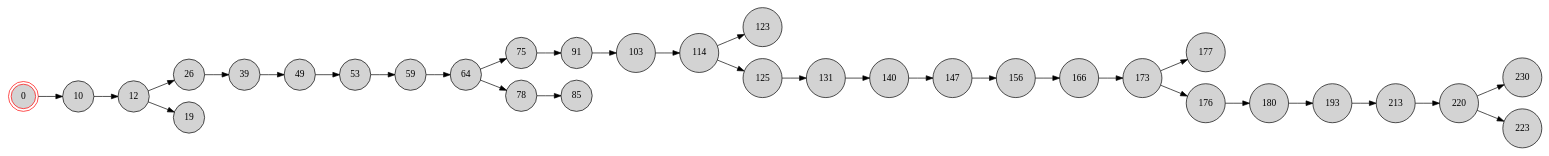
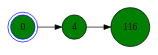
One commit to ananyarao23/CS765-BlockchainProject changed the diagram in a2/output/dot/block_tree_5.dot. Above: the diagram before and after it, drawn with Graphviz. The commit also changed 419 other files, not shown here.

```diff
--- a/a2/output/dot/block_tree_5.dot
+++ b/a2/output/dot/block_tree_5.dot
@@ -1,37 +1,11 @@
 digraph BlockchainTree {
     rankdir=LR;
-    node [shape=circle, style=filled, fillcolor=lightgray];
+    node [shape=circle, style=filled, fontcolor=black];
 
-    0 [shape=doublecircle, color=red];
-    0 -> 10;
-    10 -> 12;
-    12 -> 26;
-    12 -> 19;
-    26 -> 39;
-    39 -> 49;
-    49 -> 53;
-    53 -> 59;
-    59 -> 64;
-    64 -> 75;
-    64 -> 78;
-    75 -> 91;
-    78 -> 85;
-    91 -> 103;
-    103 -> 114;
-    114 -> 123;
-    114 -> 125;
-    125 -> 131;
-    131 -> 140;
-    140 -> 147;
-    147 -> 156;
-    156 -> 166;
-    166 -> 173;
-    173 -> 177;
-    173 -> 176;
-    176 -> 180;
-    180 -> 193;
-    193 -> 213;
-    213 -> 220;
-    220 -> 230;
-    220 -> 223;
+    0 [fillcolor=green];
+    0 [shape=doublecircle, color=blue];
+    4 [fillcolor=green];
+    0 -> 4;
+    116 [fillcolor=green];
+    4 -> 116;
 }
```
